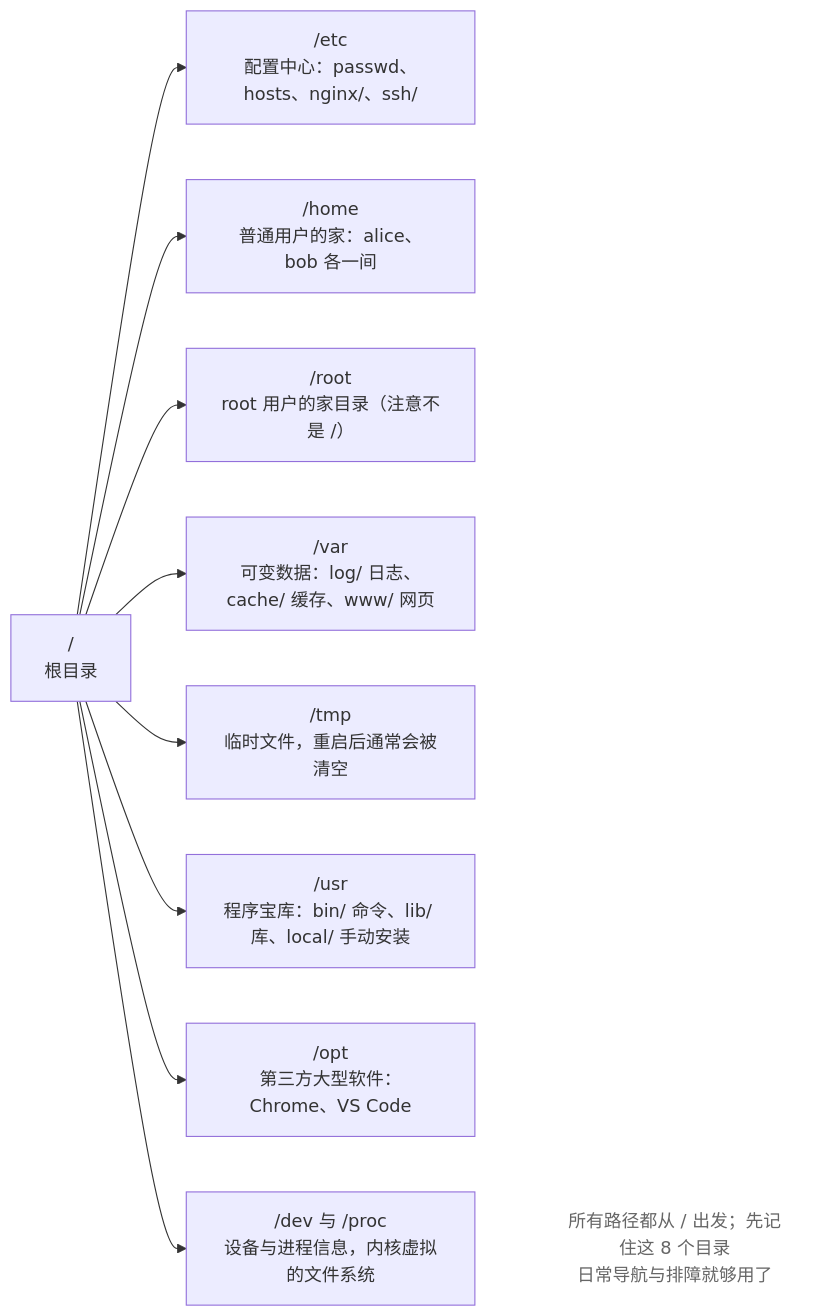
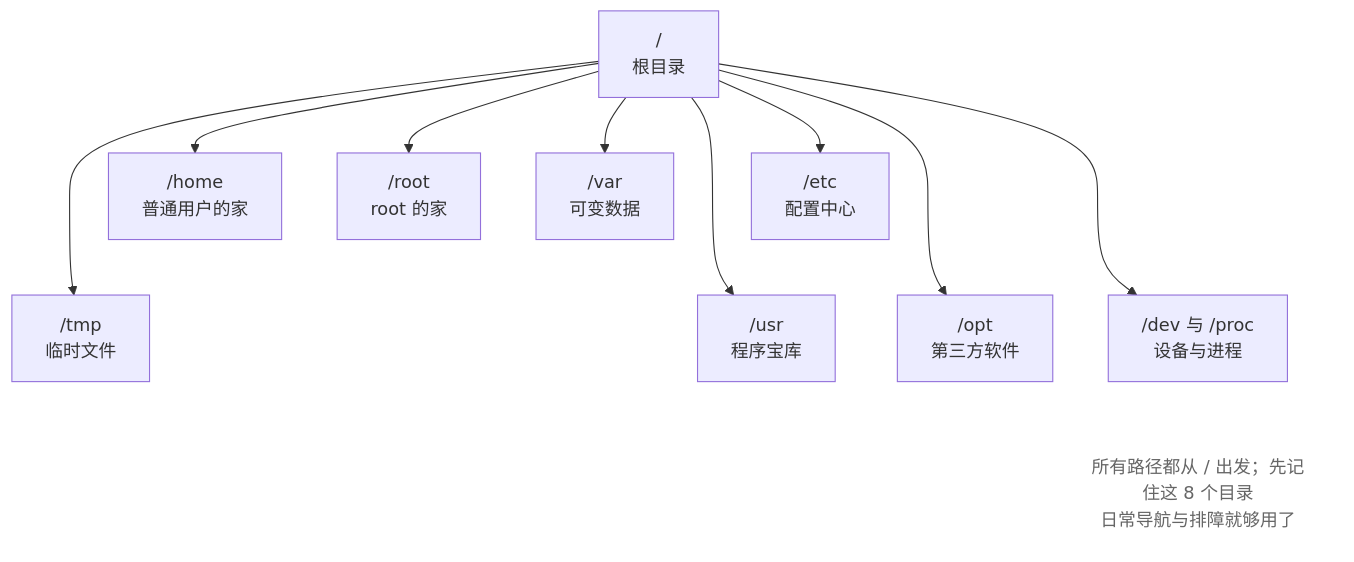
Before and after one commit to wangxiangnan/wangxiangnan.github.io: the second of 2 diagrams in src/linux-command/ch02.md, drawn with Mermaid. The commit also changed other lines of this file and 32 other files, not shown here.

First line of the commit message:
linux-command 词链层+新章节骨架重构，mermaid 方向全局统一上下 TB

````diff
--- a/src/linux-command/ch02.md
+++ b/src/linux-command/ch02.md
@@ -165,19 +170,20 @@
 ```mermaid
-flowchart LR
+flowchart TB
     R["/<br>根目录"]
-    E["/etc<br>配置中心：passwd、hosts、nginx/、ssh/"]
-    H["/home<br>普通用户的家：alice、bob 各一间"]
-    RO["/root<br>root 用户的家目录（注意不是 /）"]
-    V["/var<br>可变数据：log/ 日志、cache/ 缓存、www/ 网页"]
-    T["/tmp<br>临时文件，重启后通常会被清空"]
-    U["/usr<br>程序宝库：bin/ 命令、lib/ 库、local/ 手动安装"]
-    O["/opt<br>第三方大型软件：Chrome、VS Code"]
-    D["/dev 与 /proc<br>设备与进程信息，内核虚拟的文件系统"]
+    E["/etc<br>配置中心"]
+    H["/home<br>普通用户的家"]
+    RO["/root<br>root 的家"]
+    V["/var<br>可变数据"]
+    T["/tmp<br>临时文件"]
+    U["/usr<br>程序宝库"]
+    O["/opt<br>第三方软件"]
+    D["/dev 与 /proc<br>设备与进程"]
     N["所有路径都从 / 出发；先记住这 8 个目录<br>日常导航与排障就够用了"]
 
     R --> E & H & RO & V & T & U & O & D
+    E ~~~ T & U & O & D
     D ~~~ N
 
     classDef note fill:none,stroke:none,color:#666
     class N note
 ```
````
